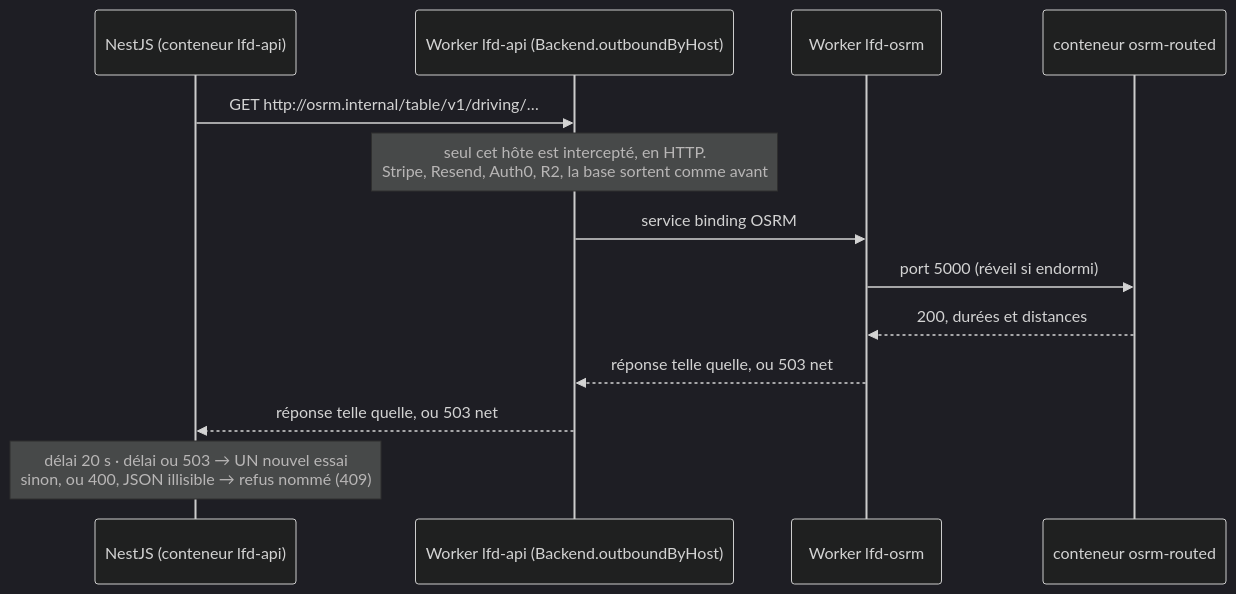
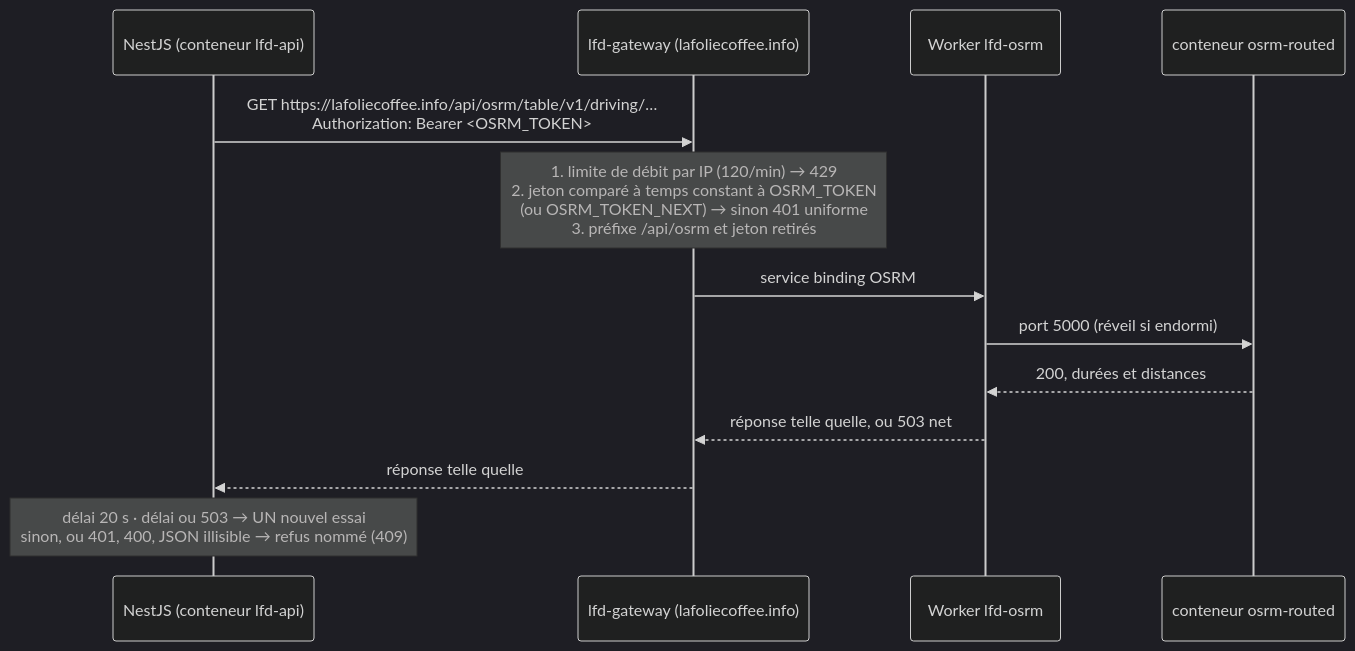
Before and after one commit to hugoheynard/lfd: the diagram in documentation/ops/carte-routiere-osrm.md, drawn with Mermaid (dark theme). The commit also changed other lines of this file and 35 other files, not shown here.

First line of the commit message:
feat(osrm): joindre la carte routière par la passerelle, avec un jeton — l'interception est retirée

````diff
--- a/documentation/ops/carte-routiere-osrm.md
+++ b/documentation/ops/carte-routiere-osrm.md
@@ -26,15 +28,15 @@
 ```mermaid
 sequenceDiagram
   participant N as NestJS (conteneur lfd-api)
-  participant W as Worker lfd-api (Backend.outboundByHost)
+  participant G as lfd-gateway (lafoliecoffee.info)
   participant O as Worker lfd-osrm
   participant C as conteneur osrm-routed
-  N->>W: GET http://osrm.internal/table/v1/driving/…
-  Note over W: seul cet hôte est intercepté, en HTTP.<br/>Stripe, Resend, Auth0, R2, la base sortent comme avant
-  W->>O: service binding OSRM
+  N->>G: GET https://lafoliecoffee.info/api/osrm/table/v1/driving/…<br/>Authorization: Bearer <OSRM_TOKEN>
+  Note over G: 1. limite de débit par IP (120/min) → 429<br/>2. jeton comparé à temps constant à OSRM_TOKEN<br/>(ou OSRM_TOKEN_NEXT) → sinon 401 uniforme<br/>3. préfixe /api/osrm et jeton retirés
+  G->>O: service binding OSRM
   O->>C: port 5000 (réveil si endormi)
   C-->>O: 200, durées et distances
-  O-->>W: réponse telle quelle, ou 503 net
-  W-->>N: réponse telle quelle, ou 503 net
-  Note over N: délai 20 s · délai ou 503 → UN nouvel essai<br/>sinon, ou 400, JSON illisible → refus nommé (409)
+  O-->>G: réponse telle quelle, ou 503 net
+  G-->>N: réponse telle quelle
+  Note over N: délai 20 s · délai ou 503 → UN nouvel essai<br/>sinon, ou 401, 400, JSON illisible → refus nommé (409)
 ```
````
